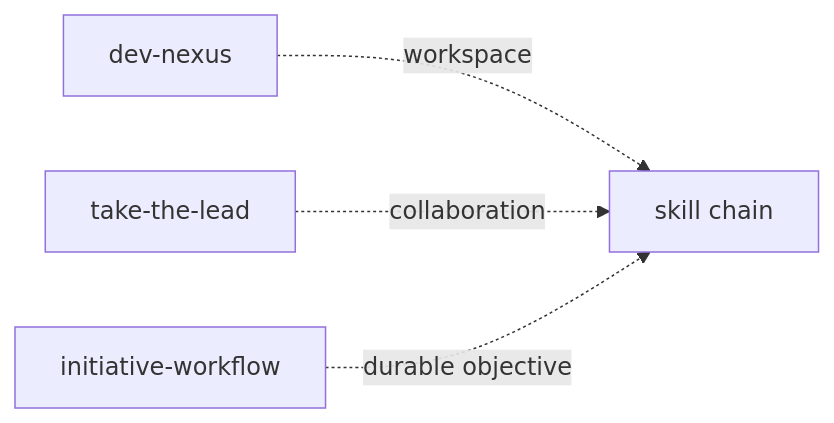
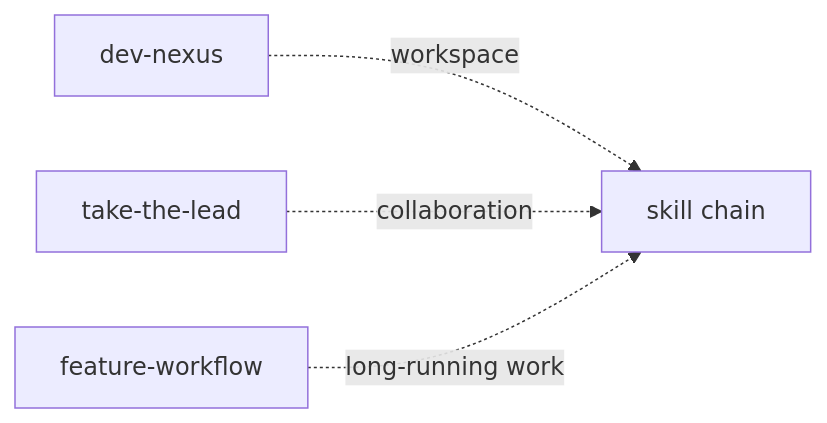
One commit to Evref-BL/DevNexus changed the first of 9 diagrams in docs/user/skill-chains.md. Above: the diagram before and after it, drawn with Mermaid. The commit also changed other lines of this file and 16 other files, not shown here.

````diff
--- a/docs/user/skill-chains.md
+++ b/docs/user/skill-chains.md
@@ -20,6 +21,6 @@
 ```mermaid
 flowchart LR
   DN["dev-nexus"] -. workspace .-> Chain["skill chain"]
   Lead["take-the-lead"] -. collaboration .-> Chain
-  Initiative["initiative-workflow"] -. durable objective .-> Chain
+  Feature["feature-workflow"] -. long-running work .-> Chain
 ```
````
